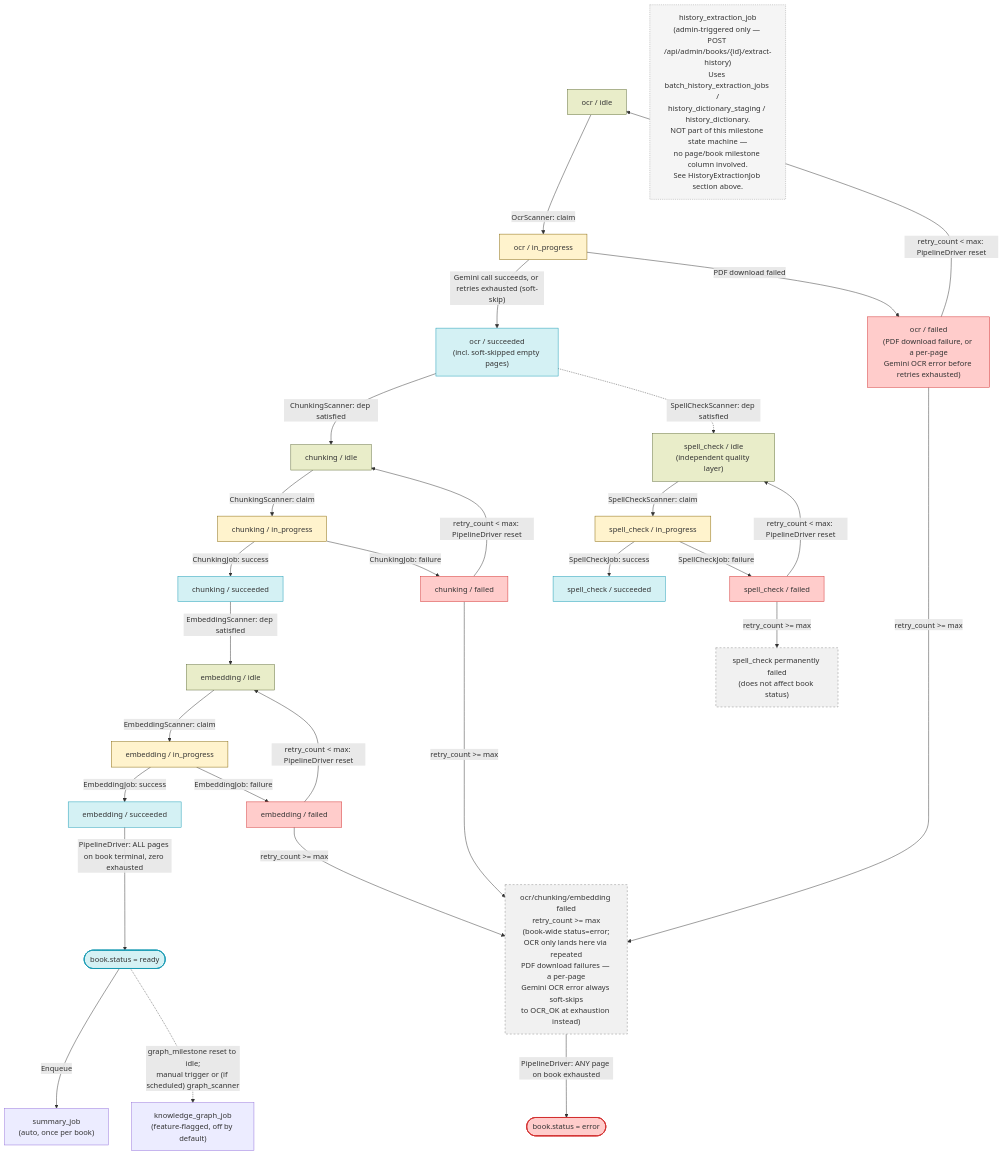
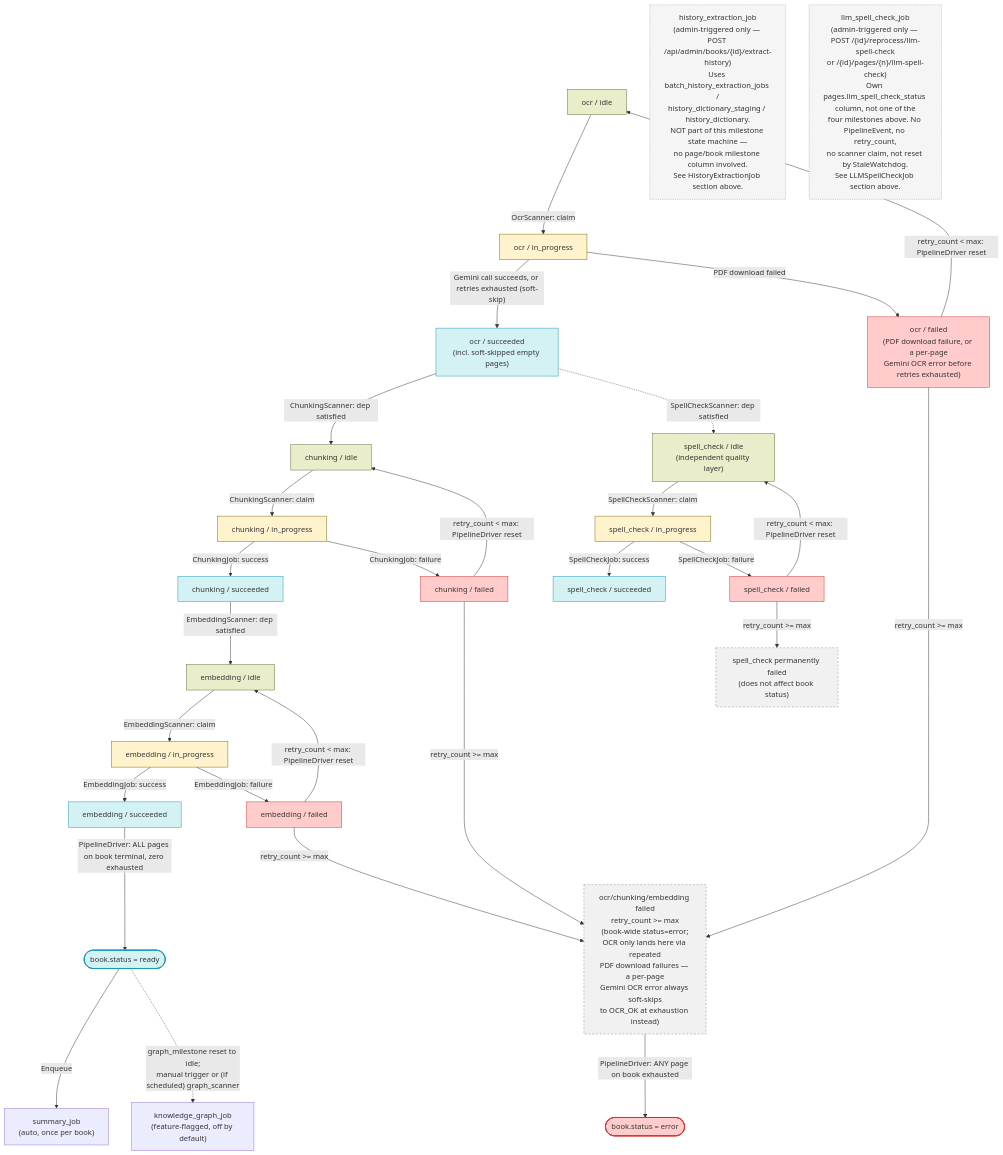
Before and after one commit to Kitabim-AI/kitabim-ai: the diagram in docs/main/WORKER_DESIGN.md, drawn with Mermaid. The commit also changed other lines of this file and 20 other files, not shown here.

Commit message:
feat: add guest reading limits, LLM spell correction requirements, and defer book fetching until auth state resolves

````diff
--- a/docs/main/WORKER_DESIGN.md
+++ b/docs/main/WORKER_DESIGN.md
@@ -233,71 +256,72 @@
 ```mermaid
 flowchart TD
     OCR_IDLE["ocr / idle"]
     OCR_IP["ocr / in_progress"]
     OCR_OK["ocr / succeeded<br/>(incl. soft-skipped empty pages)"]
     OCR_FAIL["ocr / failed<br/>(PDF download failure, or a per-page<br/>Gemini OCR error before retries exhausted)"]
     CHUNK_IDLE["chunking / idle"]
     CHUNK_IP["chunking / in_progress"]
     CHUNK_OK["chunking / succeeded"]
     CHUNK_FAIL["chunking / failed"]
     EMB_IDLE["embedding / idle"]
     EMB_IP["embedding / in_progress"]
     EMB_OK["embedding / succeeded"]
     EMB_FAIL["embedding / failed"]
     SPELL_IDLE["spell_check / idle<br/>(independent quality layer)"]
     SPELL_IP["spell_check / in_progress"]
     SPELL_OK["spell_check / succeeded"]
     SPELL_FAIL["spell_check / failed"]
     EXHAUSTED["ocr/chunking/embedding failed<br/>retry_count >= max<br/>(book-wide status=error;<br/>OCR only lands here via repeated<br/>PDF download failures — a per-page<br/>Gemini OCR error always soft-skips<br/>to OCR_OK at exhaustion instead)"]
     HISTORY_NOTE["history_extraction_job<br/>(admin-triggered only — POST /api/admin/books/{id}/extract-history)<br/>Uses batch_history_extraction_jobs /<br/>history_dictionary_staging / history_dictionary.<br/>NOT part of this milestone state machine —<br/>no page/book milestone column involved.<br/>See HistoryExtractionJob section above."]
+    LLM_SPELL_NOTE["llm_spell_check_job<br/>(admin-triggered only — POST /{id}/reprocess/llm-spell-check<br/>or /{id}/pages/{n}/llm-spell-check)<br/>Own pages.llm_spell_check_status column, not one of the<br/>four milestones above. No PipelineEvent, no retry_count,<br/>no scanner claim, not reset by StaleWatchdog.<br/>See LLMSpellCheckJob section above."]
 
     OCR_IDLE -->|OcrScanner: claim| OCR_IP
     OCR_IP -->|"Gemini call succeeds, or retries exhausted (soft-skip)"| OCR_OK
     OCR_IP -->|PDF download failed| OCR_FAIL
     OCR_FAIL -->|retry_count < max: PipelineDriver reset| OCR_IDLE
     OCR_FAIL -->|retry_count >= max| EXHAUSTED
     OCR_OK -->|ChunkingScanner: dep satisfied| CHUNK_IDLE
     OCR_OK -.->|SpellCheckScanner: dep satisfied| SPELL_IDLE
 
     CHUNK_IDLE -->|ChunkingScanner: claim| CHUNK_IP
     CHUNK_IP -->|ChunkingJob: success| CHUNK_OK
     CHUNK_IP -->|ChunkingJob: failure| CHUNK_FAIL
     CHUNK_FAIL -->|retry_count < max: PipelineDriver reset| CHUNK_IDLE
     CHUNK_FAIL -->|retry_count >= max| EXHAUSTED
     CHUNK_OK -->|EmbeddingScanner: dep satisfied| EMB_IDLE
 
     EMB_IDLE -->|EmbeddingScanner: claim| EMB_IP
     EMB_IP -->|EmbeddingJob: success| EMB_OK
     EMB_IP -->|EmbeddingJob: failure| EMB_FAIL
     EMB_FAIL -->|retry_count < max: PipelineDriver reset| EMB_IDLE
     EMB_FAIL -->|retry_count >= max| EXHAUSTED
     EMB_OK -->|"PipelineDriver: ALL pages on book terminal, zero exhausted"| BookReady(["book.status = ready"])
     EXHAUSTED -->|"PipelineDriver: ANY page on book exhausted"| BookError(["book.status = error"])
 
     BookReady -->|Enqueue| SummaryJob["summary_job<br/>(auto, once per book)"]
     BookReady -.->|"graph_milestone reset to idle;<br/>manual trigger or (if scheduled) graph_scanner"| KGJob["knowledge_graph_job<br/>(feature-flagged, off by default)"]
 
     SPELL_IDLE -->|SpellCheckScanner: claim| SPELL_IP
     SPELL_IP -->|SpellCheckJob: success| SPELL_OK
     SPELL_IP -->|SpellCheckJob: failure| SPELL_FAIL
     SPELL_FAIL -->|retry_count < max: PipelineDriver reset| SPELL_IDLE
     SPELL_FAIL -->|retry_count >= max| SPELL_TERMINAL["spell_check permanently failed<br/>(does not affect book status)"]
 
     classDef idle fill:#e9edc9,stroke:#606c38
     classDef active fill:#fff3cd,stroke:#856404
     classDef done fill:#d4f1f4,stroke:#189ab4
     classDef fail fill:#ffcccb,stroke:#d32f2f
     classDef terminal fill:#f1f1f1,stroke:#888,stroke-dasharray:4 4
     classDef book fill:#d4f1f4,stroke:#189ab4,stroke-width:2px
     classDef bookErr fill:#ffcccb,stroke:#d32f2f,stroke-width:2px
     classDef note fill:#f5f5f5,stroke:#999,stroke-dasharray:2 2
 
     class OCR_IDLE,CHUNK_IDLE,EMB_IDLE,SPELL_IDLE idle
     class OCR_IP,CHUNK_IP,EMB_IP,SPELL_IP active
     class OCR_OK,CHUNK_OK,EMB_OK,SPELL_OK done
     class OCR_FAIL,CHUNK_FAIL,EMB_FAIL,SPELL_FAIL fail
     class EXHAUSTED,SPELL_TERMINAL terminal
     class BookReady book
     class BookError bookErr
-    class HISTORY_NOTE note
+    class HISTORY_NOTE,LLM_SPELL_NOTE note
 ```
````
